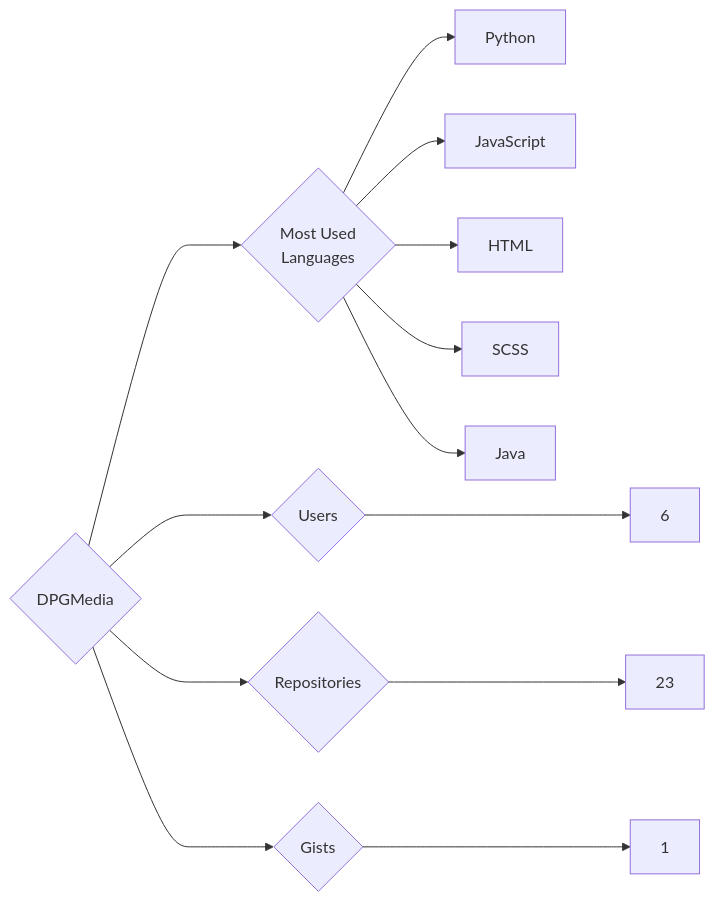
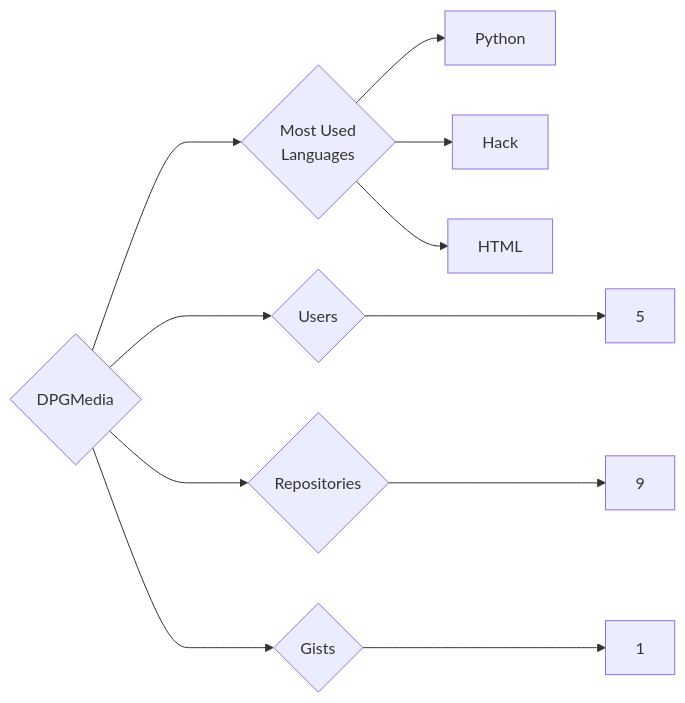
Before and after one commit to trickest/insiders: the diagram in targets/DPGMedia/README.md, drawn with Mermaid. The commit also changed 815 other files, not shown here.

````diff
--- a/targets/DPGMedia/README.md
+++ b/targets/DPGMedia/README.md
@@ -3,13 +3,11 @@
 ```mermaid
 graph LR
 COMPANY_NAME{DPGMedia}
-COMPANY_NAME ---> U{Users} ---> UN[6]
-COMPANY_NAME ---> R{Repositories} ---> RN[23]
+COMPANY_NAME ---> U{Users} ---> UN[5]
+COMPANY_NAME ---> R{Repositories} ---> RN[9]
 COMPANY_NAME ---> G{Gists} ---> GN[1]
 COMPANY_NAME ---> ML{Most Used<br>Languages}
 ML --> Python[Python]
-ML --> JavaScript[JavaScript]
+ML --> Hack[Hack]
 ML --> HTML[HTML]
-ML --> SCSS[SCSS]
-ML --> Java[Java]
 ```
````
